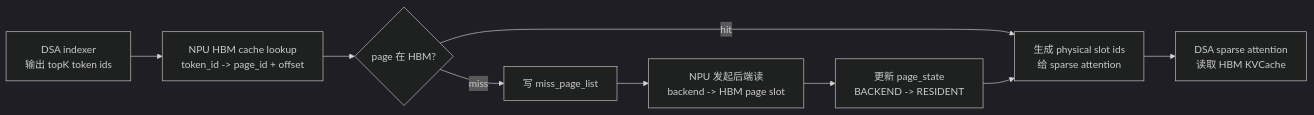
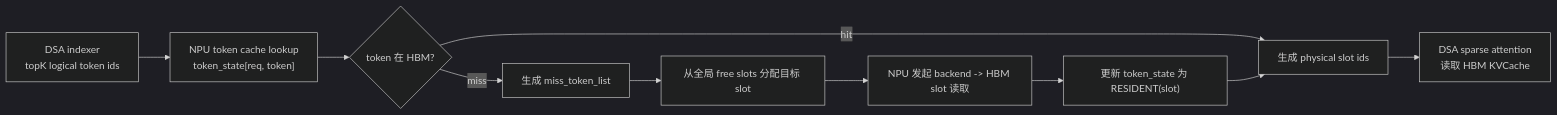
Before and after one commit to ykfnxx/ASU-Ascend: the first of 6 diagrams in docs/draft/2026-06-02-npu-hbm-kvcache-management-draft.md, drawn with Mermaid (dark theme). The commit also changed other lines of this file, not shown here.

Commit message:
Update KVCache draft for token pool design

````diff
--- a/docs/draft/2026-06-02-npu-hbm-kvcache-management-draft.md
+++ b/docs/draft/2026-06-02-npu-hbm-kvcache-management-draft.md
@@ -50,11 +63,12 @@
 ```mermaid
 flowchart LR
-    A["DSA indexer<br/>输出 topK token ids"] --> B["NPU HBM cache lookup<br/>token_id -> page_id + offset"]
-    B --> C{"page 在 HBM?"}
-    C -- "hit" --> D["生成 physical slot ids<br/>给 sparse attention"]
-    C -- "miss" --> E["写 miss_page_list"]
-    E --> F["NPU 发起后端读<br/>backend -> HBM page slot"]
-    F --> G["更新 page_state<br/>BACKEND -> RESIDENT"]
-    G --> D
-    D --> H["DSA sparse attention<br/>读取 HBM KVCache"]
+    A["DSA indexer<br/>topK logical token ids"] --> B["NPU token cache lookup<br/>token_state[req, token]"]
+    B --> C{"token 在 HBM?"}
+    C -- "hit" --> D["生成 physical slot ids"]
+    C -- "miss" --> E["生成 miss_token_list"]
+    E --> F["从全局 free slots 分配目标 slot"]
+    F --> G["NPU 发起 backend -> HBM slot 读取"]
+    G --> H["更新 token_state 为 RESIDENT(slot)"]
+    H --> D
+    D --> I["DSA sparse attention<br/>读取 HBM KVCache"]
 ```
````
